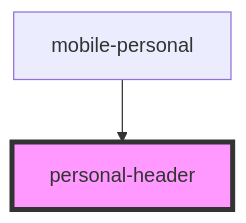
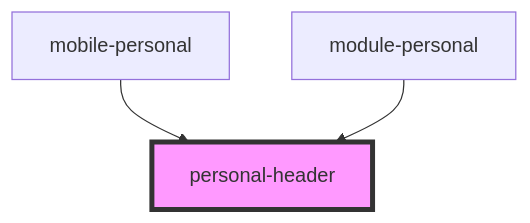
One commit to saqhan/stencil-chat changed the diagram in src/components/mobile/mobile-chat/res/view/mobile-personal/res/view/personal-header/readme.md. Above: the diagram before and after it, drawn with Mermaid. The commit also changed other lines of this file and 24 other files, not shown here.

````diff
--- a/src/components/mobile/mobile-chat/res/view/mobile-personal/res/view/personal-header/readme.md
+++ b/src/components/mobile/mobile-chat/res/view/mobile-personal/res/view/personal-header/readme.md
@@ -30,5 +31,6 @@
 ```mermaid
 graph TD;
   mobile-personal --> personal-header
+  module-personal --> personal-header
   style personal-header fill:#f9f,stroke:#333,stroke-width:4px
 ```
````
